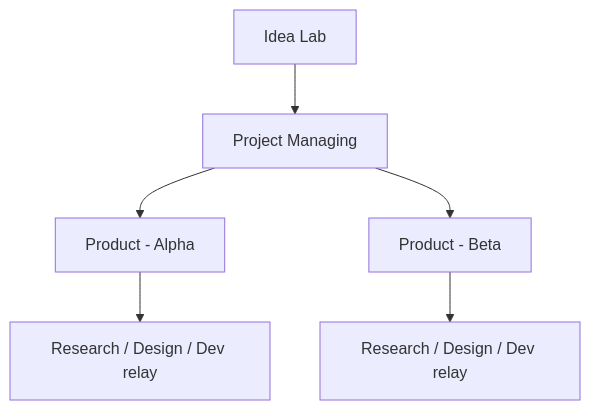
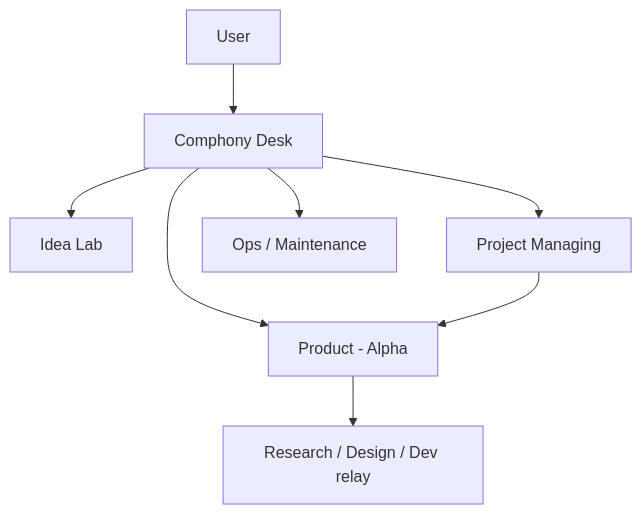
One commit to tahooki/comphony changed the second of 2 diagrams in README.md. Above: the diagram before and after it, drawn with Mermaid. The commit also changed other lines of this file and 14 other files, not shown here.

Commit message:
Add Comphony Desk routing model

````diff
--- a/README.md
+++ b/README.md
@@ -64,8 +68,10 @@
 ```mermaid
 flowchart TD
-    A["Idea Lab"] --> B["Project Managing"]
-    B --> C["Product - Alpha"]
-    B --> D["Product - Beta"]
+    U["User"] --> D["Comphony Desk"]
+    D --> I["Idea Lab"]
+    D --> P["Project Managing"]
+    D --> C["Product - Alpha"]
+    D --> O["Ops / Maintenance"]
+    P --> C
     C --> E["Research / Design / Dev relay"]
-    D --> F["Research / Design / Dev relay"]
 ```
````
